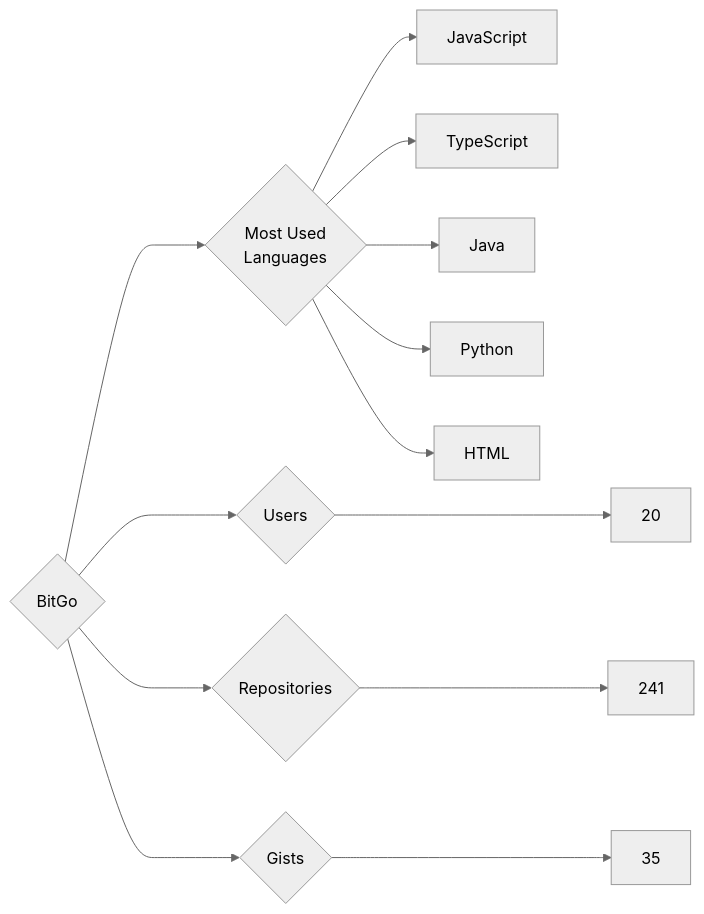
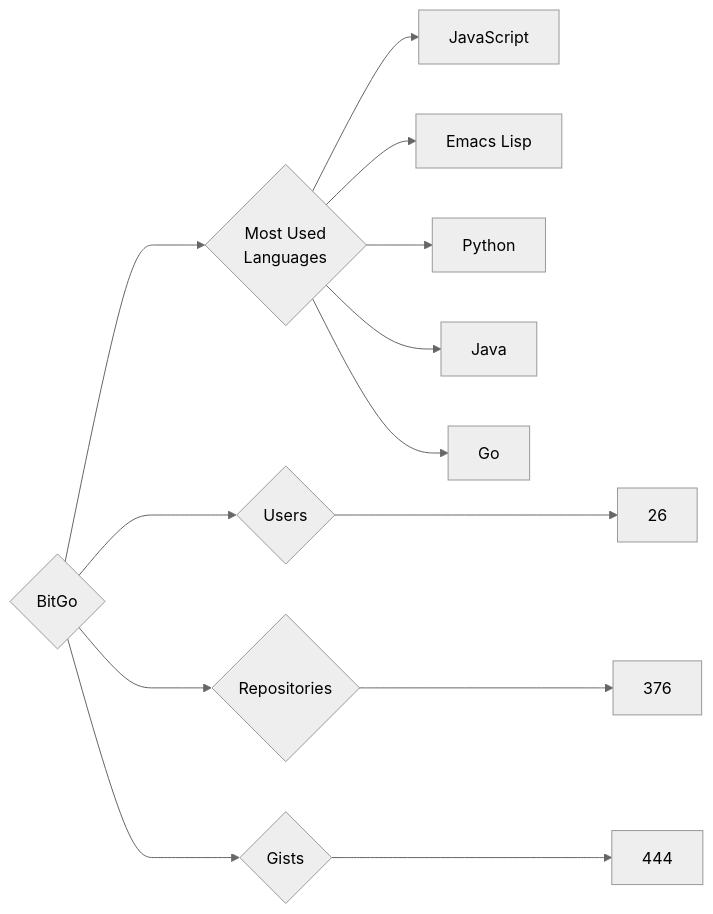
One commit to trickest/insiders changed the diagram in targets/BitGo/README.md. Above: the diagram before and after it, drawn with Mermaid (neutral theme). The commit also changed 644 other files, not shown here.

````diff
--- a/targets/BitGo/README.md
+++ b/targets/BitGo/README.md
@@ -3,13 +3,13 @@
 ```mermaid
 graph LR
 COMPANY_NAME{BitGo}
-COMPANY_NAME ---> U{Users} ---> UN[20]
-COMPANY_NAME ---> R{Repositories} ---> RN[241]
-COMPANY_NAME ---> G{Gists} ---> GN[35]
+COMPANY_NAME ---> U{Users} ---> UN[26]
+COMPANY_NAME ---> R{Repositories} ---> RN[376]
+COMPANY_NAME ---> G{Gists} ---> GN[444]
 COMPANY_NAME ---> ML{Most Used<br>Languages}
 ML --> JavaScript[JavaScript]
-ML --> TypeScript[TypeScript]
+ML --> Emacs_Lisp[Emacs Lisp]
+ML --> Python[Python]
 ML --> Java[Java]
-ML --> Python[Python]
-ML --> HTML[HTML]
+ML --> Go[Go]
 ```
````
